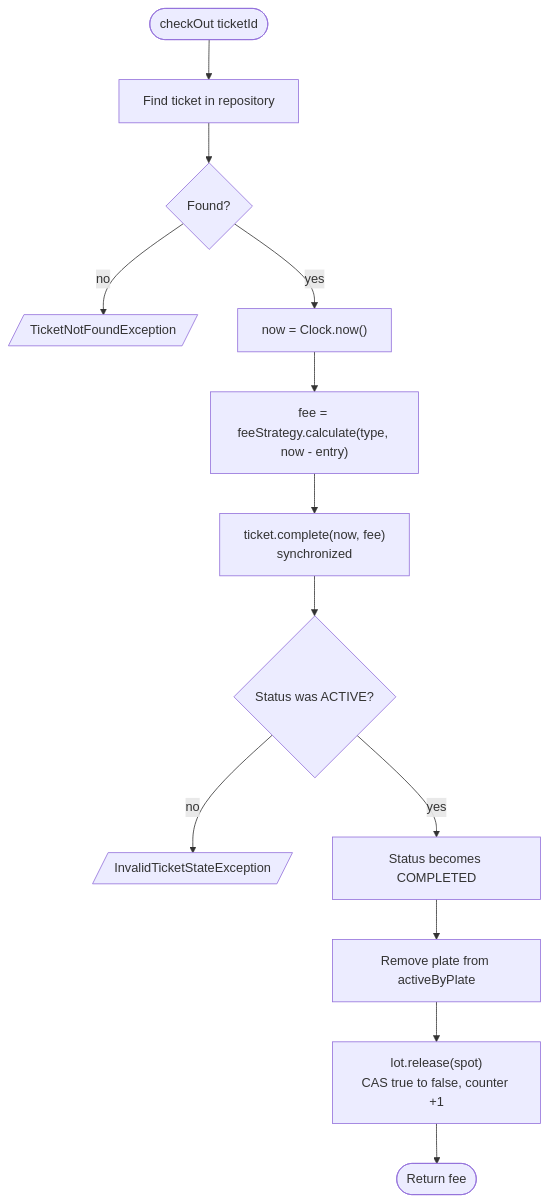
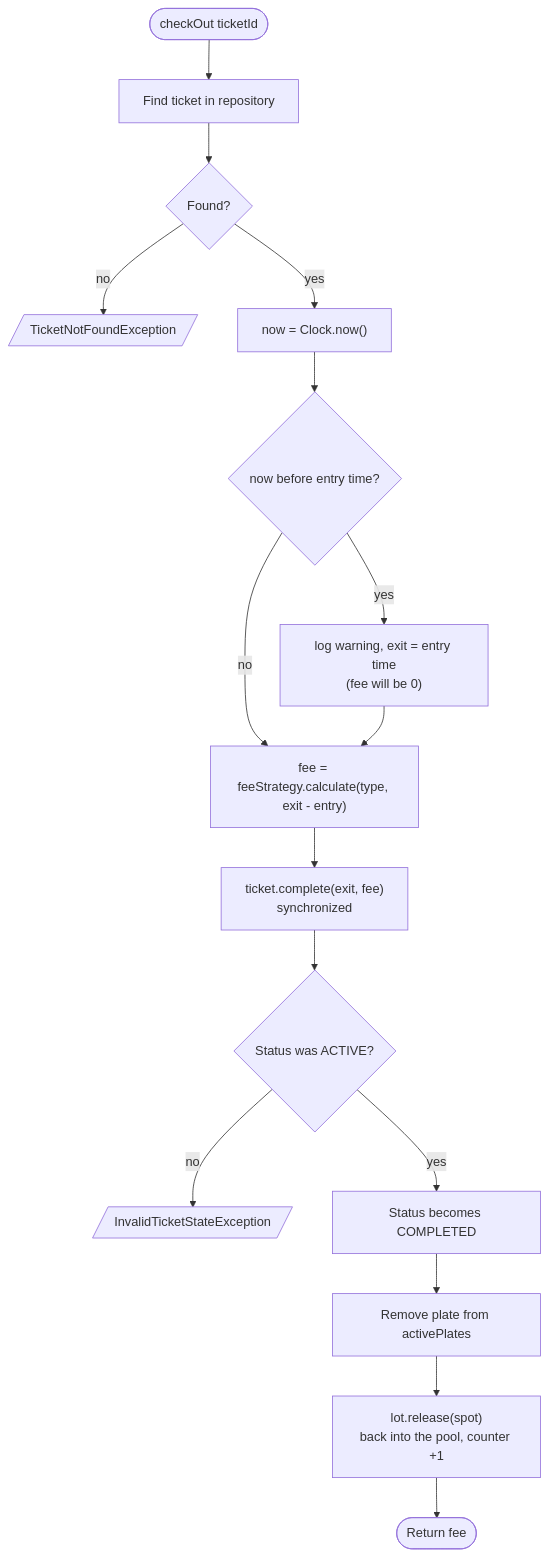
The third of 8 diagrams in docs/FLOWS.md (siddharanjan/ParkingLotSystem), drawn with Mermaid before and after one commit. The commit also changed other lines of this file and 17 other files, not shown here.

````diff
--- a/docs/FLOWS.md
+++ b/docs/FLOWS.md
@@ -82,15 +87,18 @@
 ```mermaid
 flowchart TD
     A([checkOut ticketId]) --> B[Find ticket in repository]
     B --> C{Found?}
     C -- no --> X1[/TicketNotFoundException/]
     C -- yes --> D["now = Clock.now()"]
-    D --> E["fee = feeStrategy.calculate(type, now - entry)"]
-    E --> F["ticket.complete(now, fee)<br/>synchronized"]
+    D --> D2{now before entry time?}
+    D2 -- yes --> D3["log warning, exit = entry time<br/>(fee will be 0)"]
+    D2 -- no --> E
+    D3 --> E["fee = feeStrategy.calculate(type, exit - entry)"]
+    E --> F["ticket.complete(exit, fee)<br/>synchronized"]
     F --> G{Status was ACTIVE?}
     G -- no --> X2[/InvalidTicketStateException/]
     G -- yes --> H[Status becomes COMPLETED]
-    H --> I[Remove plate from activeByPlate]
-    I --> J["lot.release(spot)<br/>CAS true to false, counter +1"]
+    H --> I[Remove plate from activePlates]
+    I --> J["lot.release(spot)<br/>back into the pool, counter +1"]
     J --> K([Return fee])
 ```
````
